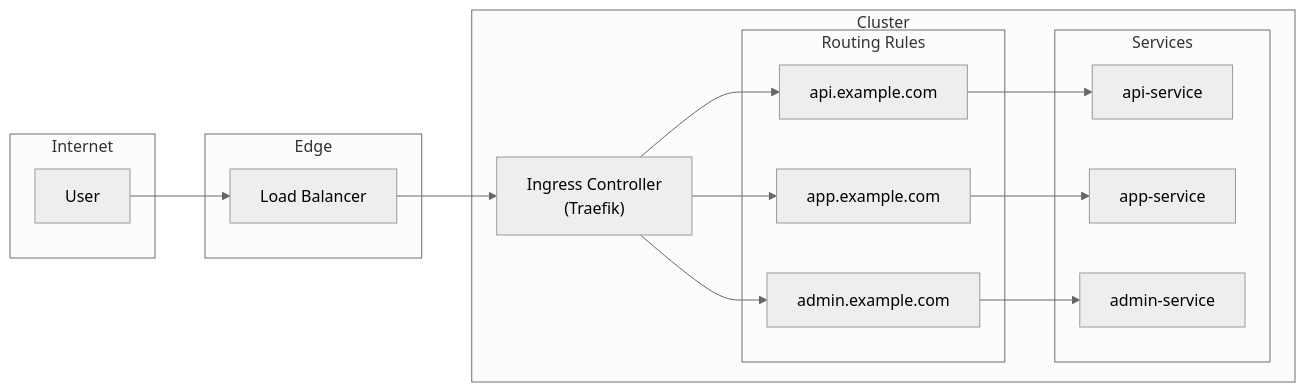
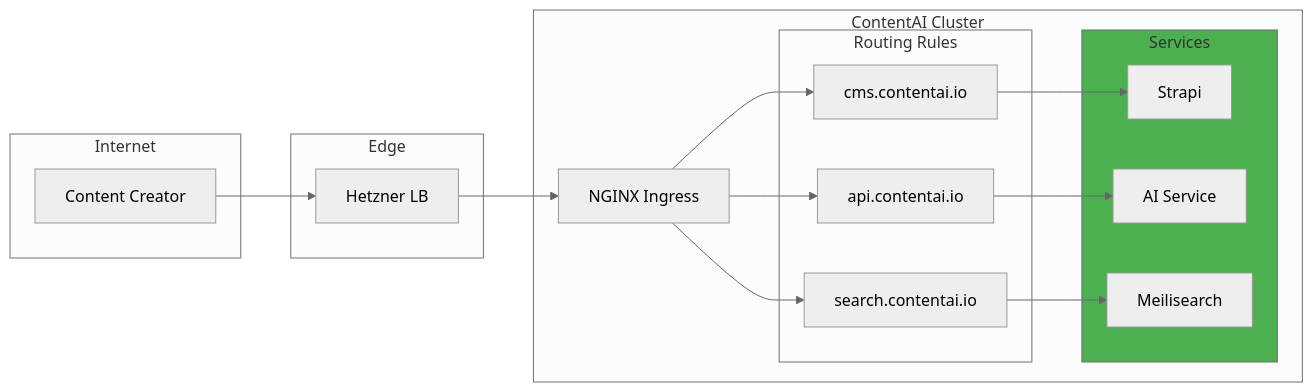
One commit to PearlThoughtsInternship/Internship-Obsidian-Vault changed the sixth of 11 diagrams in DevOps/02-Engineering/04-Container-Orchestration.md. Above: the diagram before and after it, drawn with Mermaid (neutral theme). The commit also changed other lines of this file and 1 other file, not shown here.

First line of the commit message:
docs: Container orchestration & GitOps with ContentAI product context

````diff
--- a/DevOps/02-Engineering/04-Container-Orchestration.md
+++ b/DevOps/02-Engineering/04-Container-Orchestration.md
@@ -282,31 +335,33 @@
 ```mermaid
 flowchart LR
     subgraph Internet["Internet"]
-        User["User"]
+        Creator["Content Creator"]
     end
 
     subgraph Edge["Edge"]
-        LB["Load Balancer"]
+        LB["Hetzner LB"]
     end
 
-    subgraph Cluster["Cluster"]
-        ING["Ingress Controller\n(Traefik)"]
+    subgraph Cluster["ContentAI Cluster"]
+        ING["NGINX Ingress"]
 
-        subgraph Rules["Routing Rules"]
-            R1["api.example.com"]
-            R2["app.example.com"]
-            R3["admin.example.com"]
+        subgraph Routes["Routing Rules"]
+            R1["cms.contentai.io"]
+            R2["api.contentai.io"]
+            R3["search.contentai.io"]
         end
 
         subgraph Services["Services"]
-            API["api-service"]
-            APP["app-service"]
-            ADMIN["admin-service"]
+            STRAPI["Strapi"]
+            AI["AI Service"]
+            MEILI["Meilisearch"]
         end
     end
 
-    User --> LB --> ING
-    ING --> R1 --> API
-    ING --> R2 --> APP
-    ING --> R3 --> ADMIN
+    Creator --> LB --> ING
+    ING --> R1 --> STRAPI
+    ING --> R2 --> AI
+    ING --> R3 --> MEILI
+
+    style Services fill:#4CAF50
 ```
````
